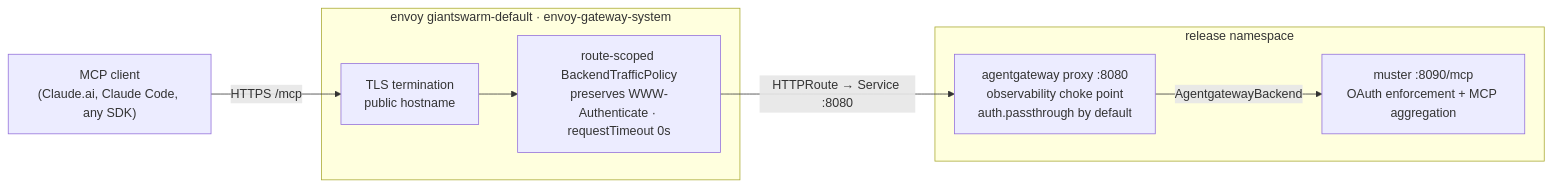
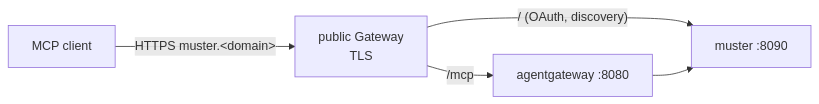
Before and after one commit to giantswarm/agent-platform: the diagram in docs/authentication.md, drawn with Mermaid. The commit also changed other lines of this file and 18 other files, not shown here.

````diff
--- a/docs/authentication.md
+++ b/docs/authentication.md
@@ -45,19 +15,7 @@
 ```mermaid
 flowchart LR
-    client["MCP client<br/>(Claude.ai, Claude Code, any SDK)"]
-
-    subgraph envoy["envoy giantswarm-default · envoy-gateway-system"]
-        tls["TLS termination<br/>public hostname"]
-        btp["route-scoped BackendTrafficPolicy<br/>preserves WWW-Authenticate · requestTimeout 0s"]
-    end
-
-    subgraph ns["release namespace"]
-        agw["agentgateway proxy :8080<br/>observability choke point<br/>auth.passthrough by default"]
-        muster["muster :8090/mcp<br/>OAuth enforcement + MCP aggregation"]
-    end
-
-    client -->|"HTTPS  /mcp"| tls
-    tls --> btp
-    btp -->|"HTTPRoute → Service :8080"| agw
-    agw -->|"AgentgatewayBackend"| muster
+    client["MCP client"] -->|"HTTPS muster.&lt;domain&gt;"| gw["public Gateway<br/>TLS"]
+    gw -->|"/mcp"| agw["agentgateway :8080"]
+    gw -->|"/ (OAuth, discovery)"| muster["muster :8090"]
+    agw --> muster
 ```
````
